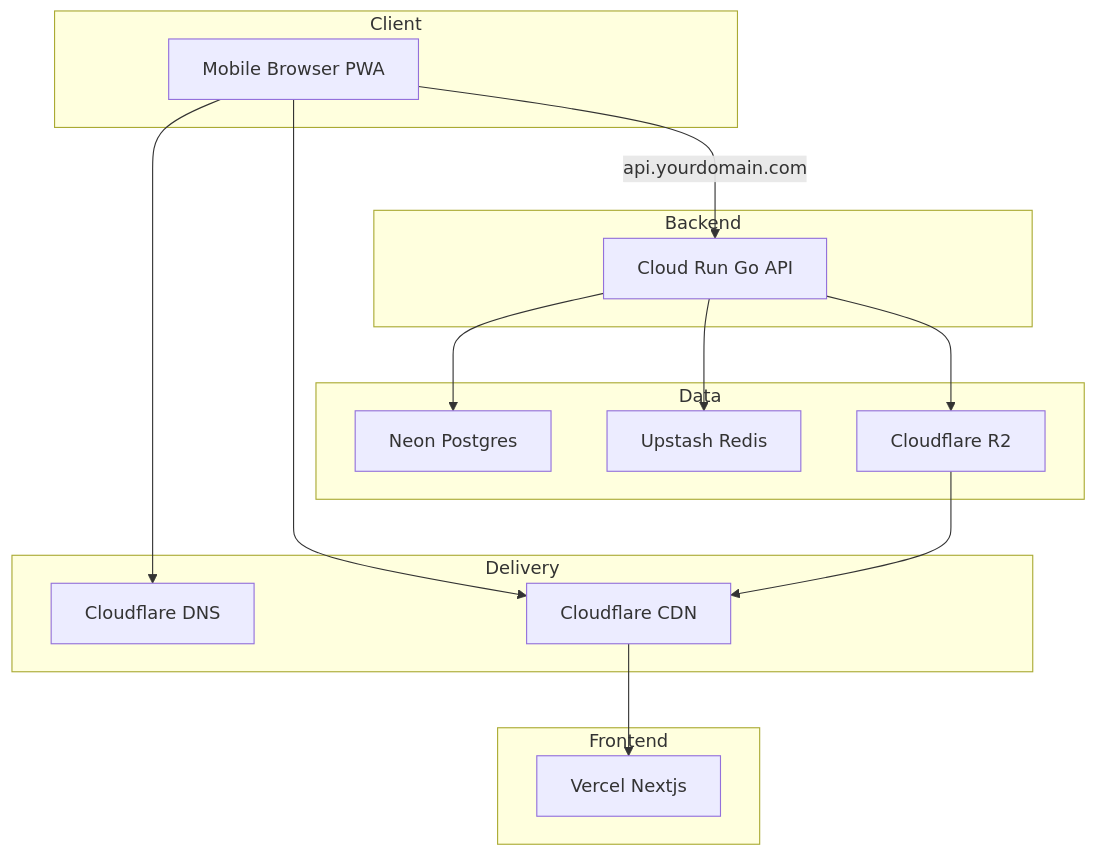
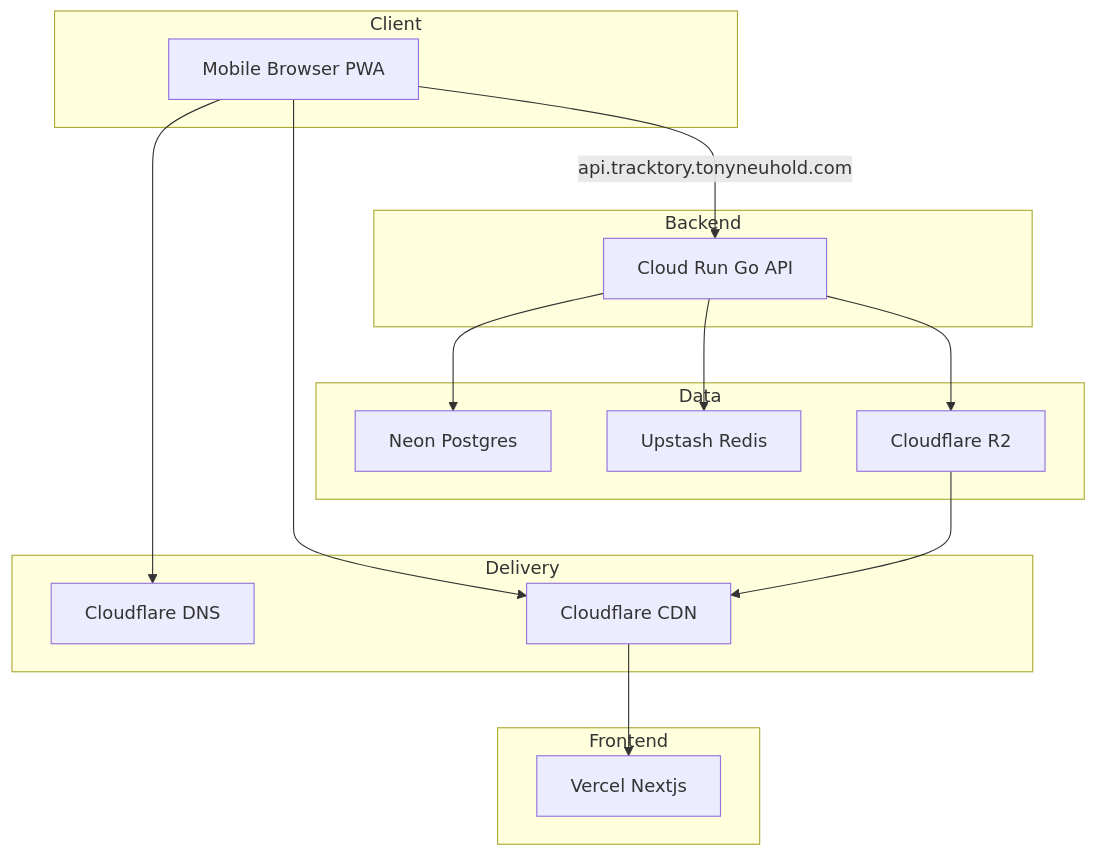
The diagram in docs/infrastructure/architecture.md (aneuhold/tracktory), drawn with Mermaid before and after one commit. The commit also changed other lines of this file and 3 other files, not shown here.

Commit message:
Update architecture and deployment notes

````diff
--- a/docs/infrastructure/architecture.md
+++ b/docs/infrastructure/architecture.md
@@ -19,33 +24,33 @@
 ```mermaid
 flowchart TB
     subgraph Client
         Browser[Mobile Browser PWA]
     end
 
     subgraph Delivery
         CF_DNS[Cloudflare DNS]
         CF_CDN[Cloudflare CDN]
     end
 
     subgraph Frontend
         Vercel[Vercel Nextjs]
     end
 
     subgraph Backend
         CloudRun[Cloud Run Go API]
     end
 
     subgraph Data
         Neon[Neon Postgres]
         Upstash[Upstash Redis]
         R2[Cloudflare R2]
     end
 
     Browser --> CF_CDN --> Vercel
     Browser --> CF_DNS
-    Browser -->|api.yourdomain.com| CloudRun
+    Browser -->|api.tracktory.tonyneuhold.com| CloudRun
     CloudRun --> Neon
     CloudRun --> Upstash
     CloudRun --> R2
     R2 --> CF_CDN
 ```
````
